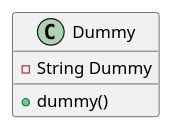
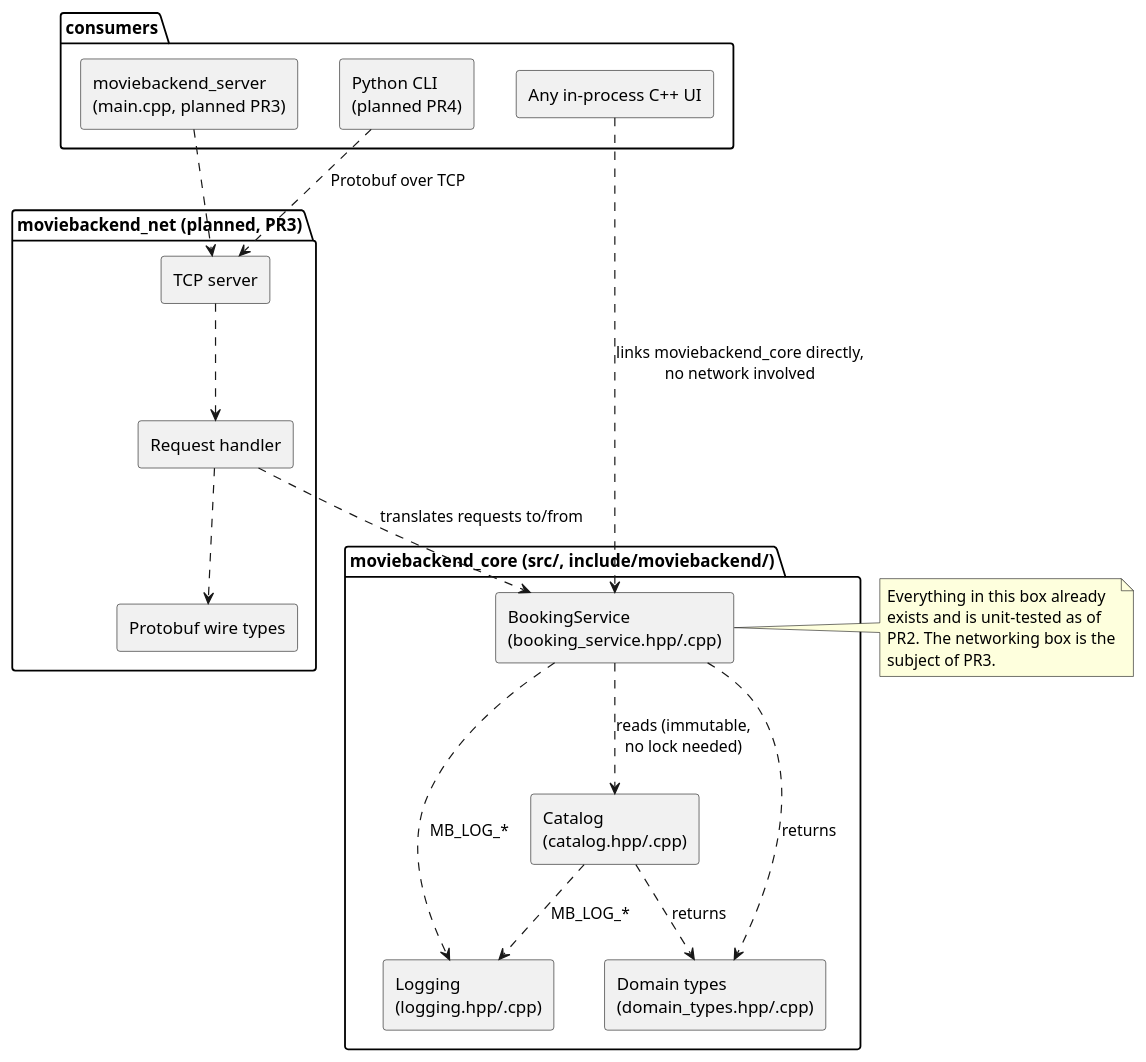
The diagram in docs/diagrams/architecture.puml (PavelKanazirev/MovieBackend), drawn with PlantUML before and after one commit. The commit also changed 4 other files, not shown here.

```diff
--- a/docs/diagrams/architecture.puml
+++ b/docs/diagrams/architecture.puml
@@ -1,17 +1,54 @@
 @startuml architecture
 ' =================================================================================================
 ' Component layout and the dependency direction between the build targets.
 '
 ' The one rule worth reading off this diagram: dependencies point inwards. moviebackend_core knows
 ' nothing about sockets or Protobuf, which is what lets a UI embed it in-process, and what lets
 ' the domain logic be tested without a network.
 '
 ' Render with:  plantuml -tsvg docs/diagrams/architecture.puml
 ' =================================================================================================
 
-class Dummy {
-    - String Dummy
-    + dummy()
+skinparam componentStyle rectangle
+skinparam backgroundColor transparent
+
+package "moviebackend_core (src/, include/moviebackend/)" {
+    [Logging\n(logging.hpp/.cpp)] as Logging
+    [Catalog\n(catalog.hpp/.cpp)] as Catalog
+    [BookingService\n(booking_service.hpp/.cpp)] as BookingService
+    [Domain types\n(domain_types.hpp/.cpp)] as DomainTypes
+
+    BookingService ..> Catalog : reads (immutable,\nno lock needed)
+    BookingService ..> DomainTypes : returns
+    Catalog ..> DomainTypes : returns
+    BookingService ..> Logging : MB_LOG_*
+    Catalog ..> Logging : MB_LOG_*
 }
 
+package "moviebackend_net (planned, PR3)" {
+    [TCP server] as TcpServer
+    [Request handler] as RequestHandler
+    [Protobuf wire types] as Proto
+}
+
+package "consumers" {
+    [moviebackend_server\n(main.cpp, planned PR3)] as ServerExe
+    [Python CLI\n(planned PR4)] as Cli
+    [Any in-process C++ UI] as EmbeddedUi
+}
+
+TcpServer ..> RequestHandler
+RequestHandler ..> Proto
+RequestHandler ..> BookingService : translates requests to/from
+ServerExe ..> TcpServer
+Cli ..> TcpServer : Protobuf over TCP
+EmbeddedUi ..> BookingService : links moviebackend_core directly,\nno network involved
+
+note right of BookingService
+  Everything in this box already
+  exists and is unit-tested as of
+  PR2. The networking box is the
+  subject of PR3.
+end note
+
 @enduml
```
